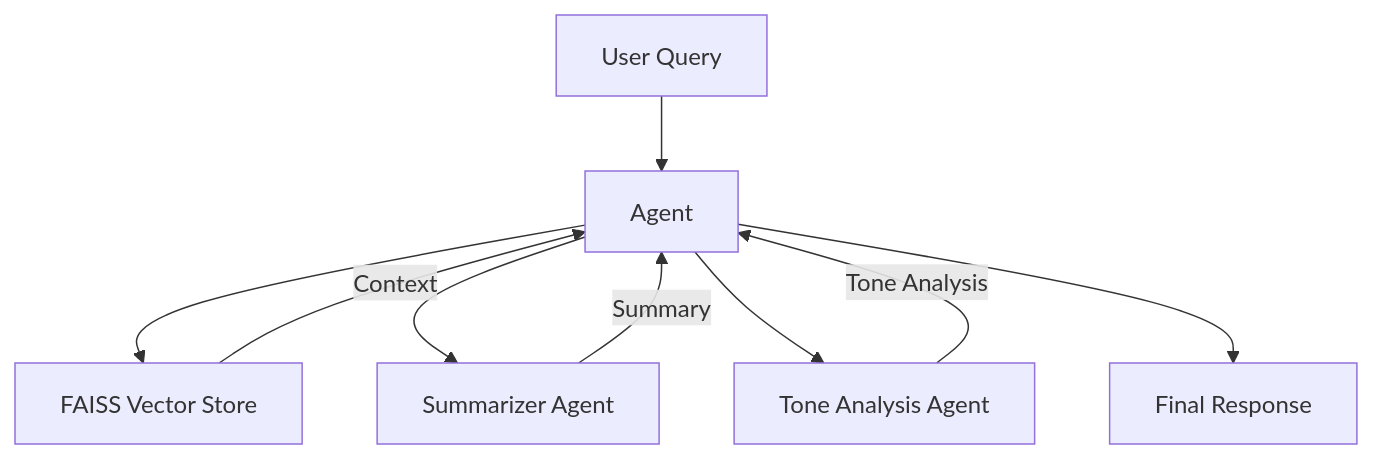
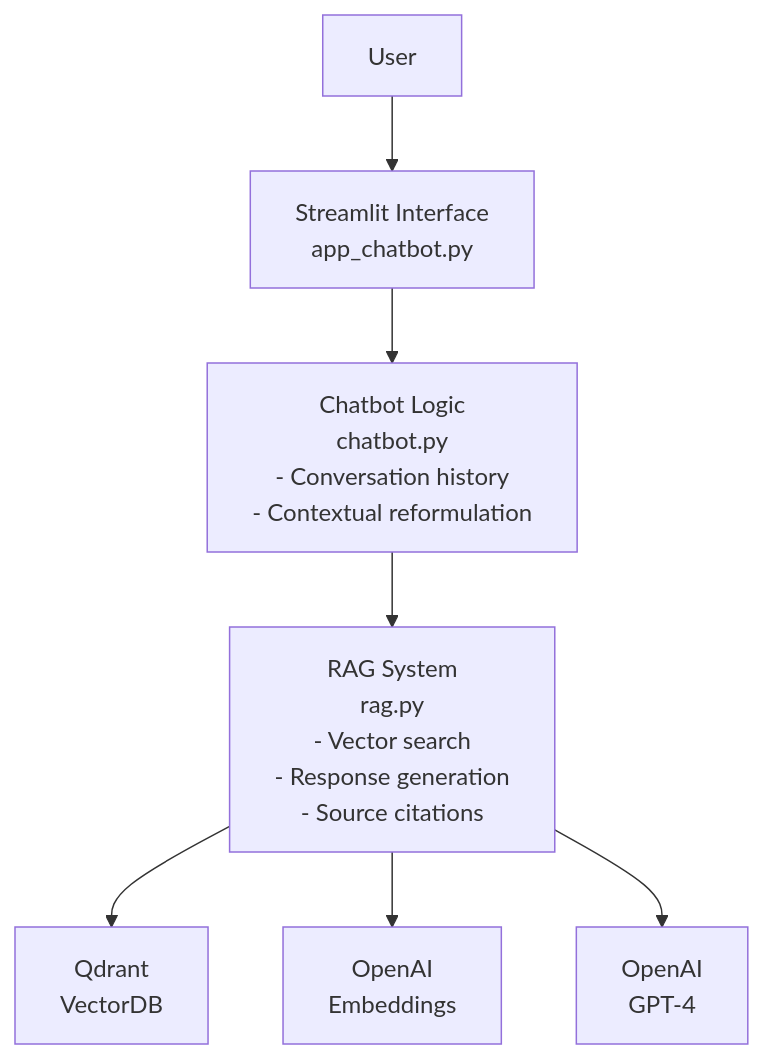
One commit to Lavialle/generative-ai-final-project changed the first of 2 diagrams in README.md. Above: the diagram before and after it, drawn with Mermaid. The commit also changed other lines of this file and 21 other files, not shown here.

````diff
--- a/README.md
+++ b/README.md
@@ -54,11 +15,9 @@
 ```mermaid
 graph TD
-    A[User Query] --> B[Agent]
-    B --> C[FAISS Vector Store]
-    B --> D[Summarizer Agent]
-    B --> E[Tone Analysis Agent]
-    C -->|Context| B
-    D -->|Summary| B
-    E -->|Tone Analysis| B
-    B --> F[Final Response]
+    A[User] --> B[Streamlit Interface<br>app_chatbot.py]
+    B --> C[Chatbot Logic<br>chatbot.py<br>- Conversation history<br>- Contextual reformulation]
+    C --> D[RAG System<br>rag.py<br>- Vector search<br>- Response generation<br>- Source citations]
+    D --> E[Qdrant<br>VectorDB]
+    D --> F[OpenAI<br>Embeddings]
+    D --> G[OpenAI<br>GPT-4]
 ```
````
